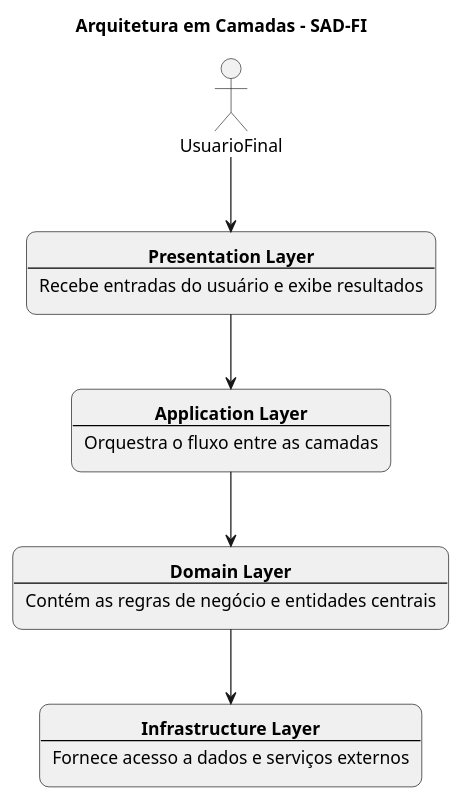
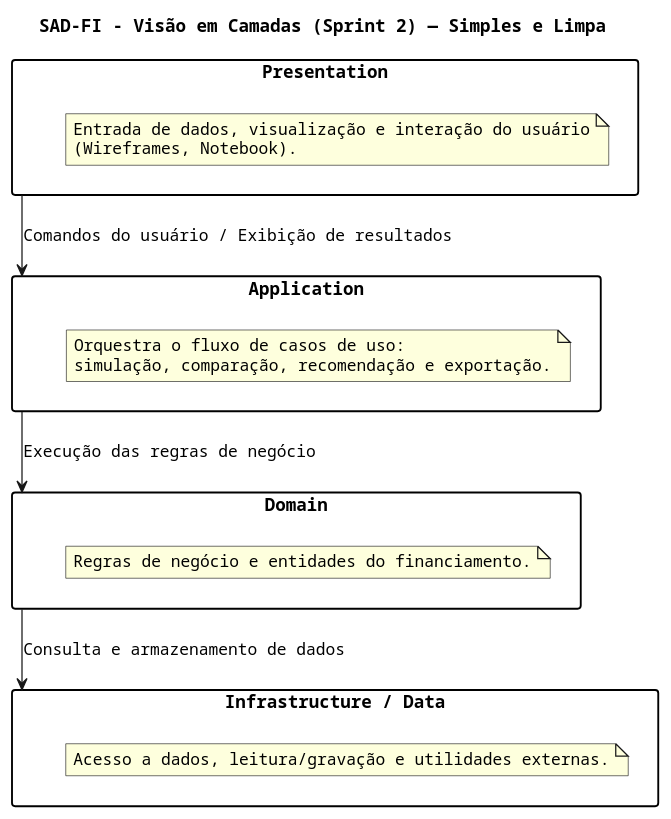
The diagram in docs/camadas.puml (edinaldormj/SAD-FI), drawn with PlantUML before and after one commit. The commit also changed other lines of this file and 9 other files, not shown here.

```diff
--- a/docs/camadas.puml
+++ b/docs/camadas.puml
@@ -1,26 +2,39 @@
-@startuml ArquiteturaCamadas
+@startuml SADFI_Camadas_Sprint2_Simples_Clean
 
-title Arquitetura em Camadas – SAD-FI
+title SAD-FI – Visão em Camadas (Sprint 2) — Simples e Limpa
 
-skinparam rectangle {
-  BackgroundColor #F0F0F0
-  BorderColor black
-  RoundCorner 15
+skinparam packageStyle rectangle
+skinparam defaultFontName Courier
+
+package "Presentation" as Presentation {
+  note as n1
+  Entrada de dados, visualização e interação do usuário
+  (Wireframes, Notebook).
+  end note
 }
-skinparam defaultFontName "Arial"
-skinparam defaultTextAlignment center
-skinparam linetype ortho
 
-actor UsuarioFinal as Usuario
+package "Application" as Application {
+  note as n2
+  Orquestra o fluxo de casos de uso:
+  simulação, comparação, recomendação e exportação.
+  end note
+}
 
-rectangle "**Presentation Layer**\n----\nRecebe entradas do usuário e exibe resultados" as Presentation
-rectangle "**Application Layer**\n----\nOrquestra o fluxo entre as camadas" as Application
-rectangle "**Domain Layer**\n----\nContém as regras de negócio e entidades centrais" as Domain
-rectangle "**Infrastructure Layer**\n----\nFornece acesso a dados e serviços externos" as Infrastructure
+package "Domain" as Domain {
+  note as n3
+  Regras de negócio e entidades do financiamento.
+  end note
+}
 
-Usuario --> Presentation
-Presentation --> Application
-Application --> Domain
-Domain --> Infrastructure
+package "Infrastructure / Data" as Infra {
+  note as n4
+  Acesso a dados, leitura/gravação e utilidades externas.
+  end note
+}
+
+' Encadeamento único entre camadas
+Presentation --> Application : Comandos do usuário / Exibição de resultados
+Application --> Domain : Execução das regras de negócio
+Domain --> Infra : Consulta e armazenamento de dados
 
 @enduml
```
